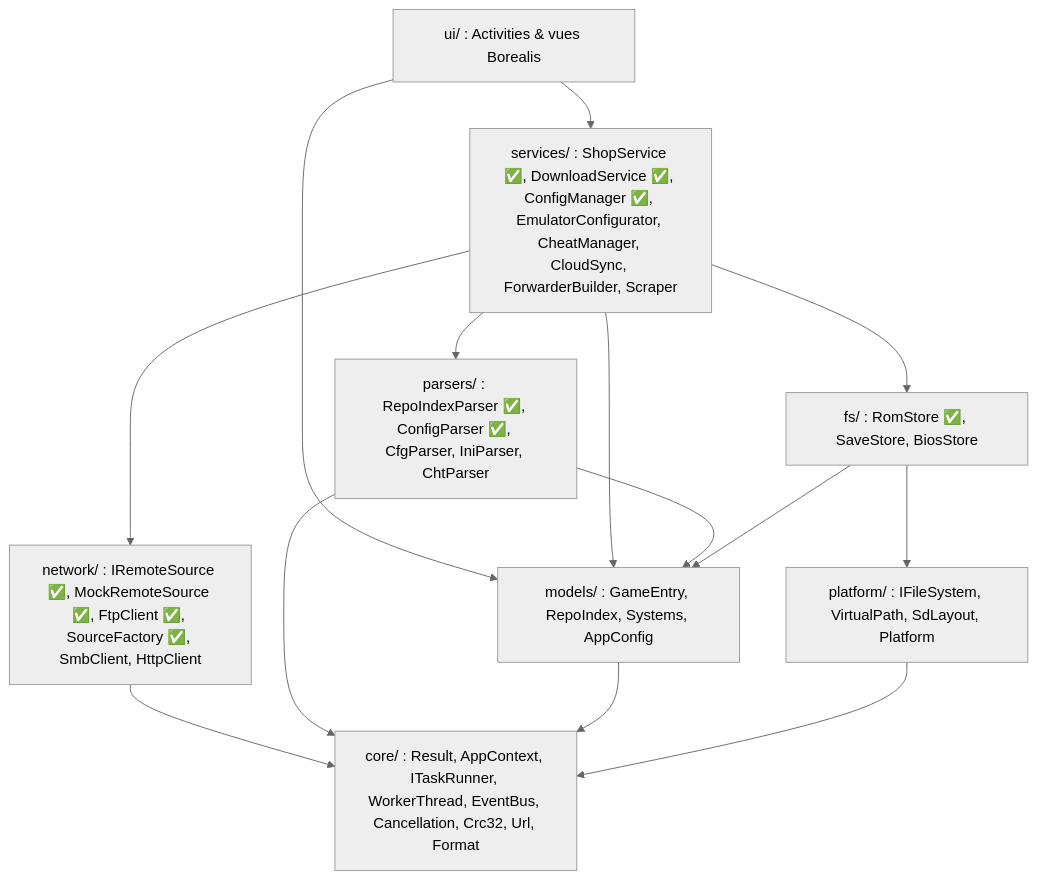
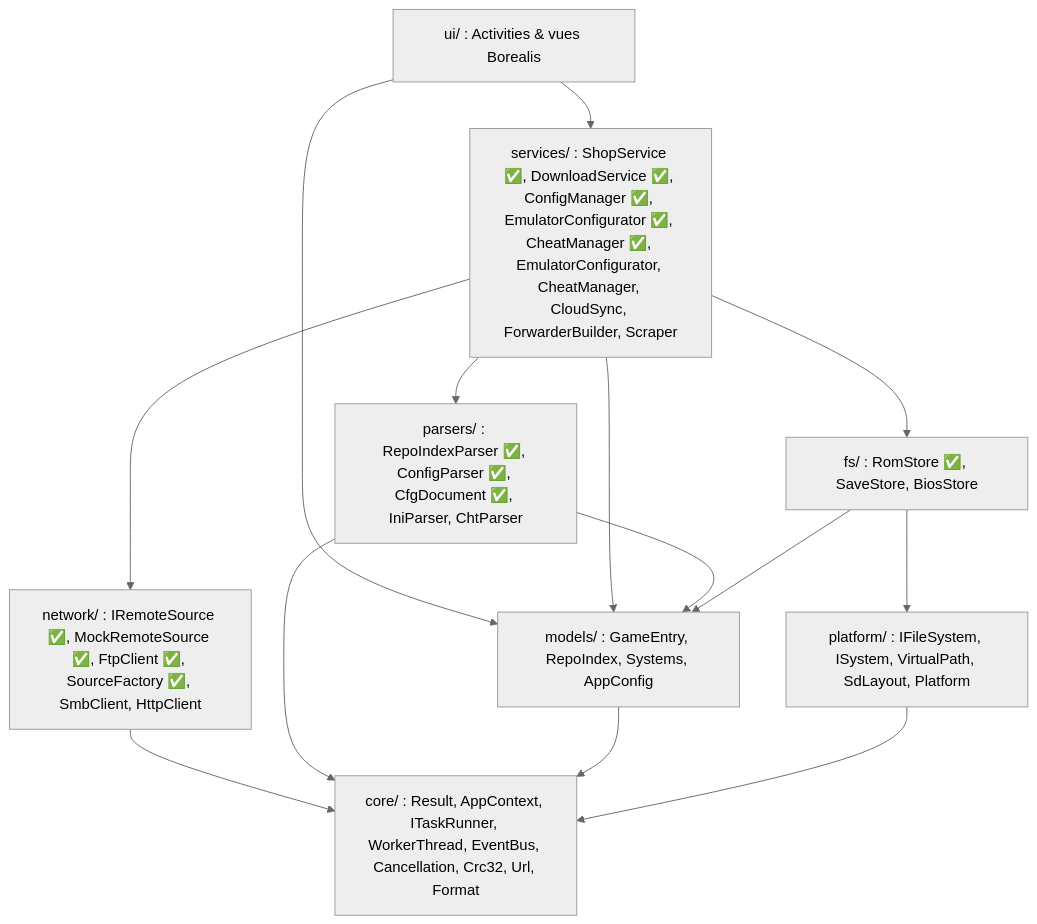
The first of 3 diagrams in retromanager/ARCHITECTURE.md (leo3438/my_little_shop_discord.py), drawn with Mermaid (neutral theme) before and after one commit. The commit also changed other lines of this file and 4 other files, not shown here.

````diff
--- a/retromanager/ARCHITECTURE.md
+++ b/retromanager/ARCHITECTURE.md
@@ -31,25 +31,25 @@
 ```mermaid
 graph TD
     UI["ui/ : Activities & vues Borealis"]
-    SVC["services/ : ShopService ✅, DownloadService ✅, ConfigManager ✅, EmulatorConfigurator, CheatManager, CloudSync, ForwarderBuilder, Scraper"]
-    PARSE["parsers/ : RepoIndexParser ✅, ConfigParser ✅, CfgParser, IniParser, ChtParser"]
+    SVC["services/ : ShopService ✅, DownloadService ✅, ConfigManager ✅, EmulatorConfigurator ✅, CheatManager ✅, EmulatorConfigurator, CheatManager, CloudSync, ForwarderBuilder, Scraper"]
+    PARSE["parsers/ : RepoIndexParser ✅, ConfigParser ✅, CfgDocument ✅, IniParser, ChtParser"]
     FS["fs/ : RomStore ✅, SaveStore, BiosStore"]
     NET["network/ : IRemoteSource ✅, MockRemoteSource ✅, FtpClient ✅, SourceFactory ✅, SmbClient, HttpClient"]
-    PLAT["platform/ : IFileSystem, VirtualPath, SdLayout, Platform"]
+    PLAT["platform/ : IFileSystem, ISystem, VirtualPath, SdLayout, Platform"]
     CORE["core/ : Result, AppContext, ITaskRunner, WorkerThread, EventBus, Cancellation, Crc32, Url, Format"]
     MODELS["models/ : GameEntry, RepoIndex, Systems, AppConfig"]
 
     UI --> SVC
     UI --> MODELS
     SVC --> MODELS
     PARSE --> MODELS
     SVC --> PARSE
     SVC --> FS
     SVC --> NET
     FS --> PLAT
     FS --> MODELS
     NET --> CORE
     PARSE --> CORE
     MODELS --> CORE
     PLAT --> CORE
 ```
````
